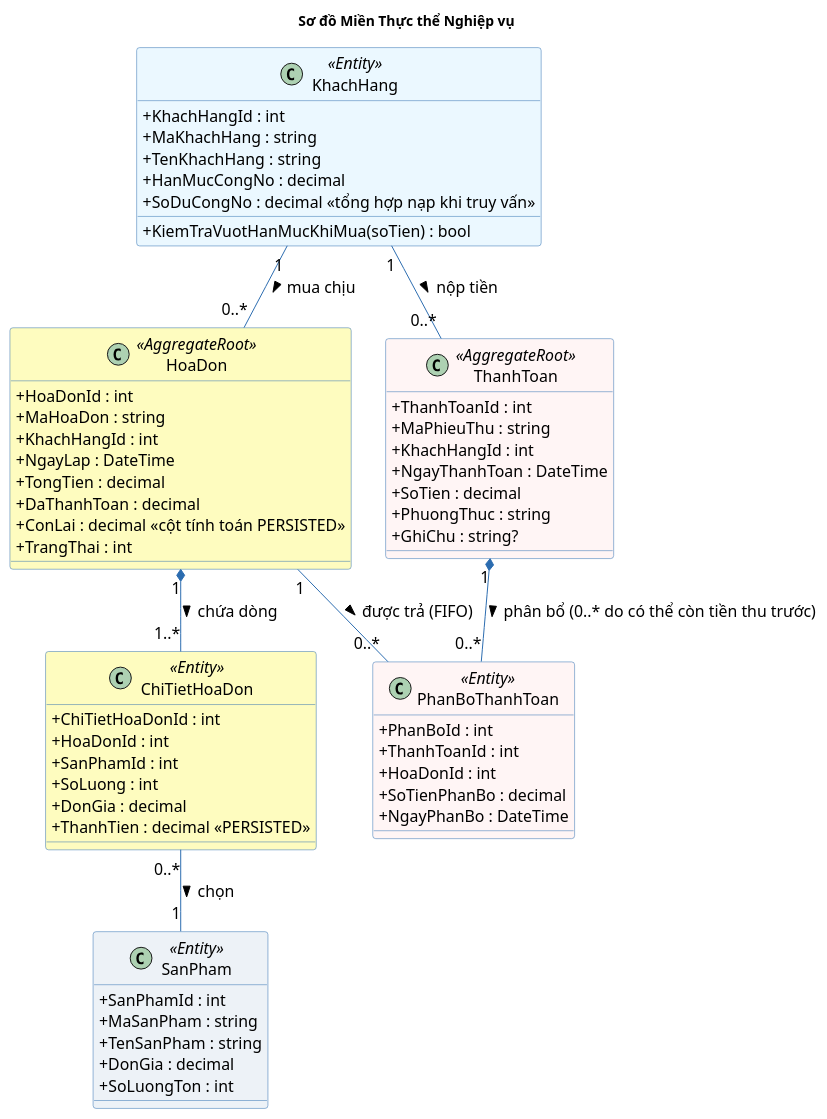
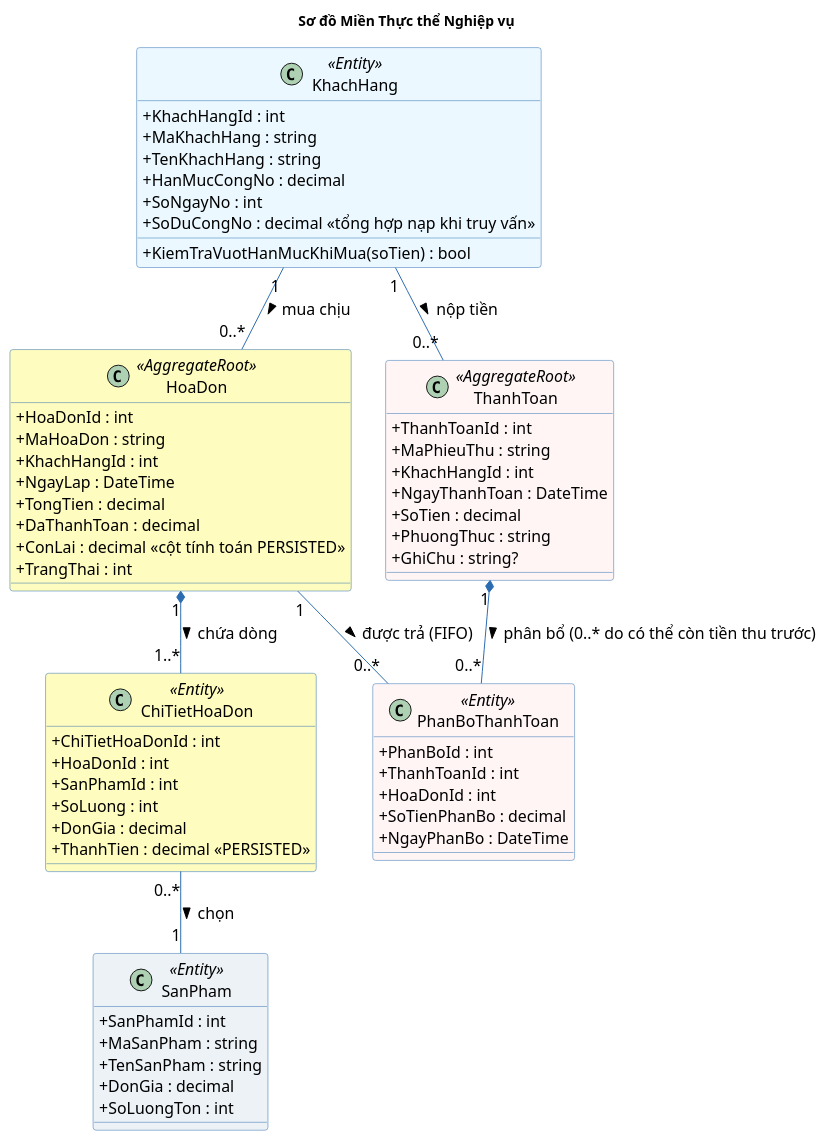
Before and after one commit to 23k4080035-LeAnhDiemNhu/DuAn_BanHangVaCongNoKhachHang_CuoiKy: the diagram in docs/uml/BaoCao_DomainModel.puml, drawn with PlantUML. The commit also changed 24 other files, not shown here.

```diff
--- a/docs/uml/BaoCao_DomainModel.puml
+++ b/docs/uml/BaoCao_DomainModel.puml
@@ -1,82 +1,83 @@
 @startuml BaoCao_DomainModel
 title Sơ đồ Miền Thực thể Nghiệp vụ
 
 skinparam classAttributeIconSize 0
 skinparam packageStyle rectangle
 skinparam shadowing false
 skinparam defaultFontName Arial
 skinparam defaultFontSize 16
 skinparam roundCorner 6
 
 skinparam class {
     BackgroundColor #FFFFFF
     BorderColor #2B6CB0
     ArrowColor #2B6CB0
     FontSize 16
 }
 
 class KhachHang <<Entity>> #EBF8FF {
     + KhachHangId : int
     + MaKhachHang : string
     + TenKhachHang : string
     + HanMucCongNo : decimal
+    + SoNgayNo : int
     + SoDuCongNo : decimal <<tổng hợp nạp khi truy vấn>>
     + KiemTraVuotHanMucKhiMua(soTien) : bool
 }
 
 class HoaDon <<AggregateRoot>> #FEFCBF {
     + HoaDonId : int
     + MaHoaDon : string
     + KhachHangId : int
     + NgayLap : DateTime
     + TongTien : decimal
     + DaThanhToan : decimal
     + ConLai : decimal <<cột tính toán PERSISTED>>
     + TrangThai : int
 }
 
 class ChiTietHoaDon <<Entity>> #FEFCBF {
     + ChiTietHoaDonId : int
     + HoaDonId : int
     + SanPhamId : int
     + SoLuong : int
     + DonGia : decimal
     + ThanhTien : decimal <<PERSISTED>>
 }
 
 class SanPham <<Entity>> #EDF2F7 {
     + SanPhamId : int
     + MaSanPham : string
     + TenSanPham : string
     + DonGia : decimal
     + SoLuongTon : int
 }
 
 class ThanhToan <<AggregateRoot>> #FFF5F5 {
     + ThanhToanId : int
     + MaPhieuThu : string
     + KhachHangId : int
     + NgayThanhToan : DateTime
     + SoTien : decimal
     + PhuongThuc : string
     + GhiChu : string?
 }
 
 class PhanBoThanhToan <<Entity>> #FFF5F5 {
     + PhanBoId : int
     + ThanhToanId : int
     + HoaDonId : int
     + SoTienPhanBo : decimal
     + NgayPhanBo : DateTime
 }
 
 ' Quan hệ Header - Line & Nghiệp vụ
 KhachHang "1" -- "0..*" HoaDon : mua chịu >
 HoaDon "1" *-- "1..*" ChiTietHoaDon : chứa dòng >
 ChiTietHoaDon "0..*" -- "1" SanPham : chọn >
 
 KhachHang "1" -- "0..*" ThanhToan : nộp tiền >
 ThanhToan "1" *-- "0..*" PhanBoThanhToan : phân bổ (0..* do có thể còn tiền thu trước) >
 HoaDon "1" -- "0..*" PhanBoThanhToan : được trả (FIFO) >
 
 @enduml
```
